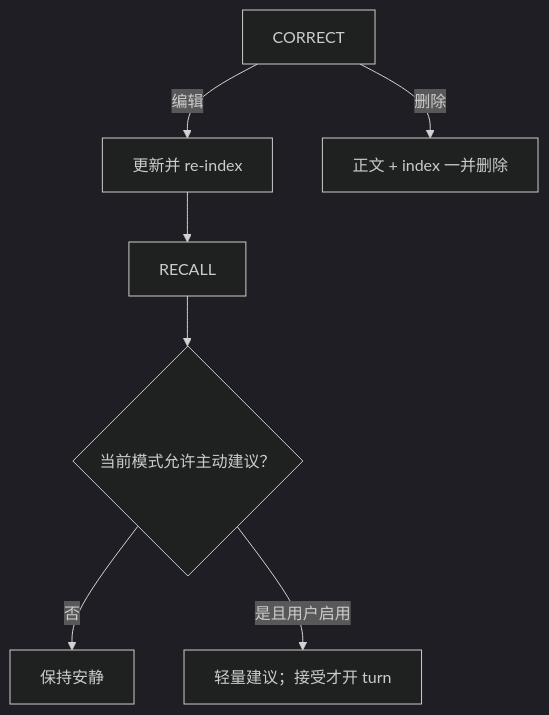
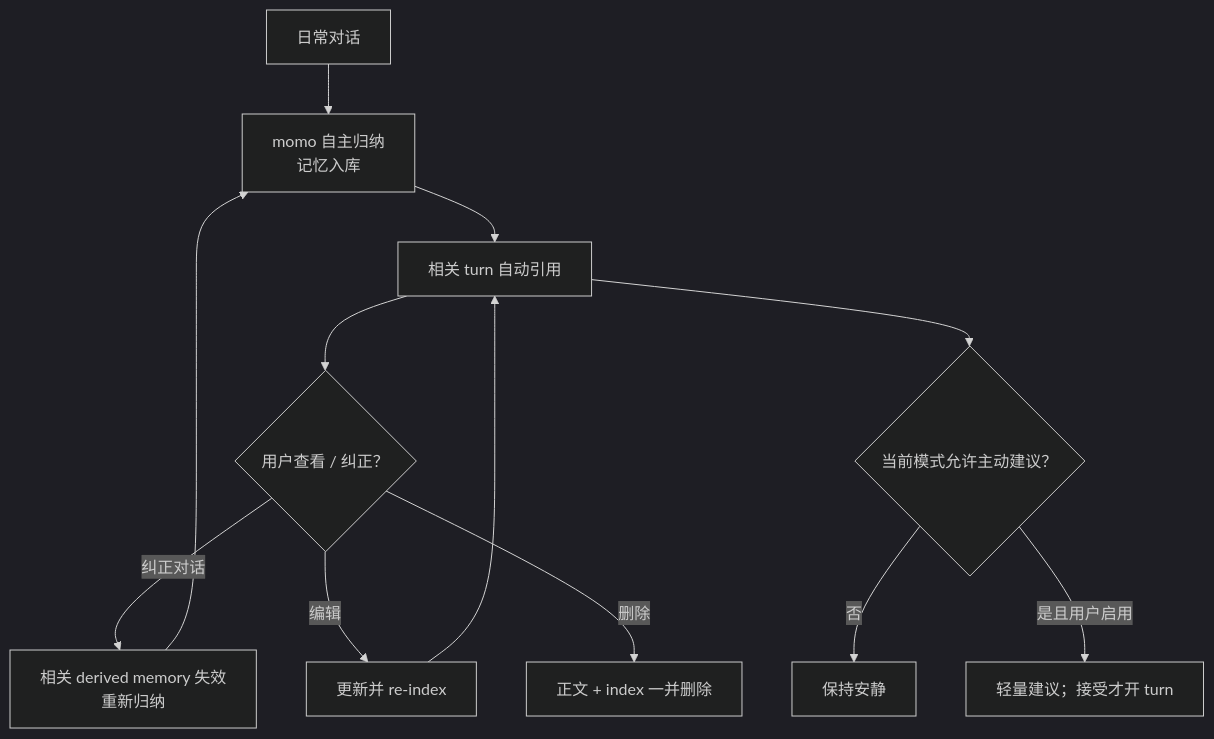
The diagram in docs/03-features/stage.md (Momoyeyu/momo), drawn with Mermaid (dark theme) before and after one commit. The commit also changed other lines of this file and 15 other files, not shown here.

````diff
--- a/docs/03-features/stage.md
+++ b/docs/03-features/stage.md
@@ -11,8 +16,13 @@
 ```mermaid
 flowchart TD
+    CHAT["日常对话"] --> LEARN["momo 自主归纳<br/>记忆入库"]
+    LEARN --> RECALL["相关 turn 自动引用"]
+    RECALL --> CORRECT{"用户查看 / 纠正？"}
+    CORRECT -->|"纠正对话"| INVALIDATE["相关 derived memory 失效<br/>重新归纳"]
     CORRECT -->|"编辑"| UPDATE["更新并 re-index"] --> RECALL
     CORRECT -->|"删除"| DELETE["正文 + index 一并删除"]
+    INVALIDATE --> LEARN
     RECALL --> MODE{"当前模式允许主动建议？"}
     MODE -->|"否"| QUIET["保持安静"]
     MODE -->|"是且用户启用"| SUGGEST["轻量建议；接受才开 turn"]
 ```
````
